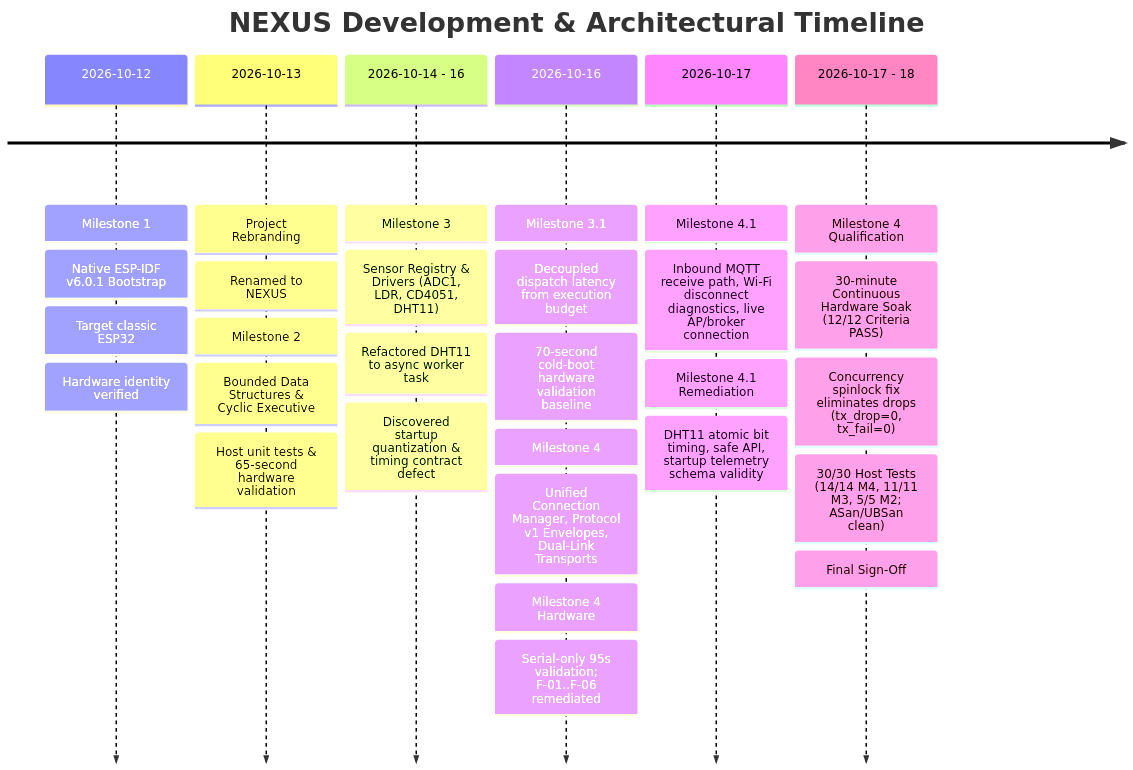
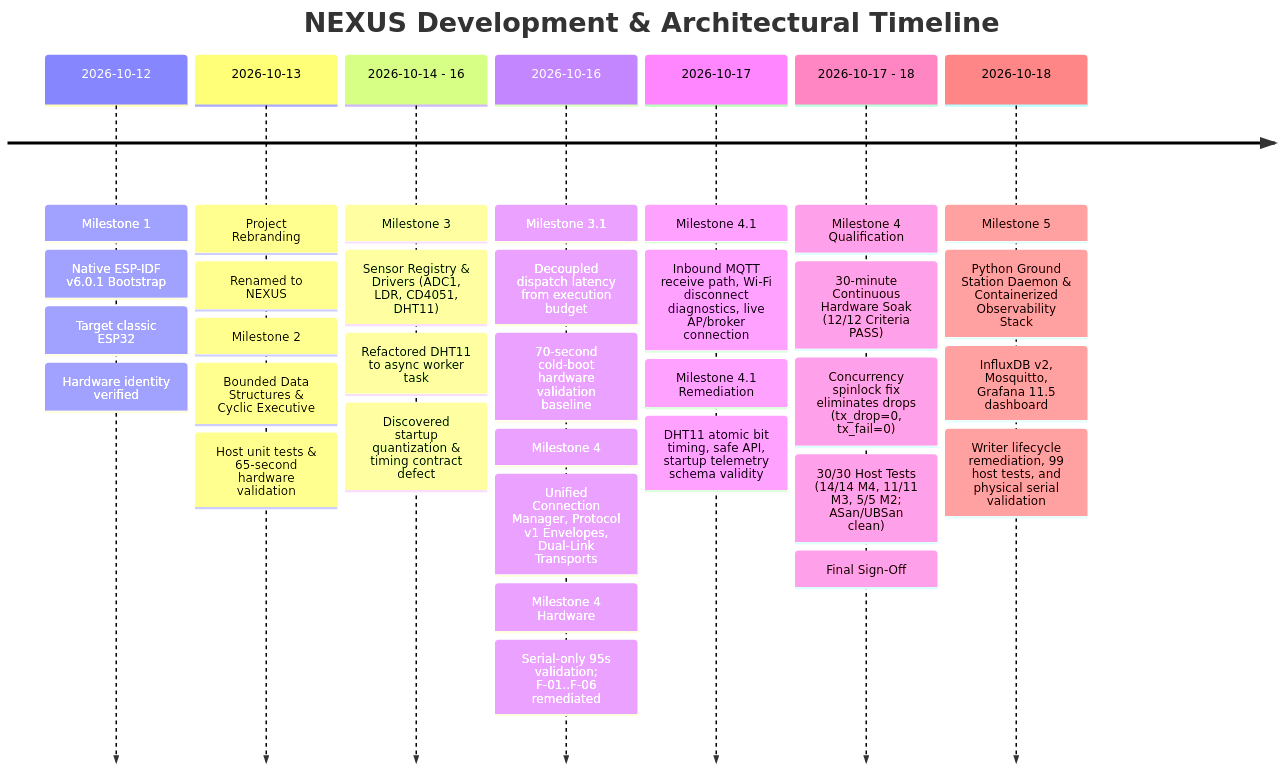
Before and after one commit to aryan-madhavi/NEXUS: the diagram in docs/milestones/PROJECT_HISTORY.md, drawn with Mermaid. The commit also changed other lines of this file and 3 other files, not shown here.

First line of the commit message:
docs(milestone-5): document ground station and observability stack

````diff
--- a/docs/milestones/PROJECT_HISTORY.md
+++ b/docs/milestones/PROJECT_HISTORY.md
@@ -19,21 +19,24 @@
 ```mermaid
 timeline
     title NEXUS Development & Architectural Timeline
     2026-10-12 : Milestone 1 : Native ESP-IDF v6.0.1 Bootstrap
                : Target classic ESP32 : Hardware identity verified
     2026-10-13 : Project Rebranding : Renamed to NEXUS
                : Milestone 2 : Bounded Data Structures & Cyclic Executive
                : Host unit tests & 65-second hardware validation
     2026-10-14 - 16 : Milestone 3 : Sensor Registry & Drivers (ADC1, LDR, CD4051, DHT11)
                     : Refactored DHT11 to async worker task
                     : Discovered startup quantization & timing contract defect
     2026-10-16 : Milestone 3.1 : Decoupled dispatch latency from execution budget
                : 70-second cold-boot hardware validation baseline
                : Milestone 4 : Unified Connection Manager, Protocol v1 Envelopes, Dual-Link Transports
                : Milestone 4 Hardware : Serial-only 95s validation; F-01..F-06 remediated
     2026-10-17 : Milestone 4.1 : Inbound MQTT receive path, Wi-Fi disconnect diagnostics, live AP/broker connection
                : Milestone 4.1 Remediation : DHT11 atomic bit timing, safe API, startup telemetry schema validity
     2026-10-17 - 18 : Milestone 4 Qualification : 30-minute Continuous Hardware Soak (12/12 Criteria PASS)
                     : Concurrency spinlock fix eliminates drops (tx_drop=0, tx_fail=0)
                     : 30/30 Host Tests (14/14 M4, 11/11 M3, 5/5 M2; ASan/UBSan clean) : Final Sign-Off
+    2026-10-18 : Milestone 5 : Python Ground Station Daemon & Containerized Observability Stack
+               : InfluxDB v2, Mosquitto, Grafana 11.5 dashboard
+               : Writer lifecycle remediation, 99 host tests, and physical serial validation
 ```
````
